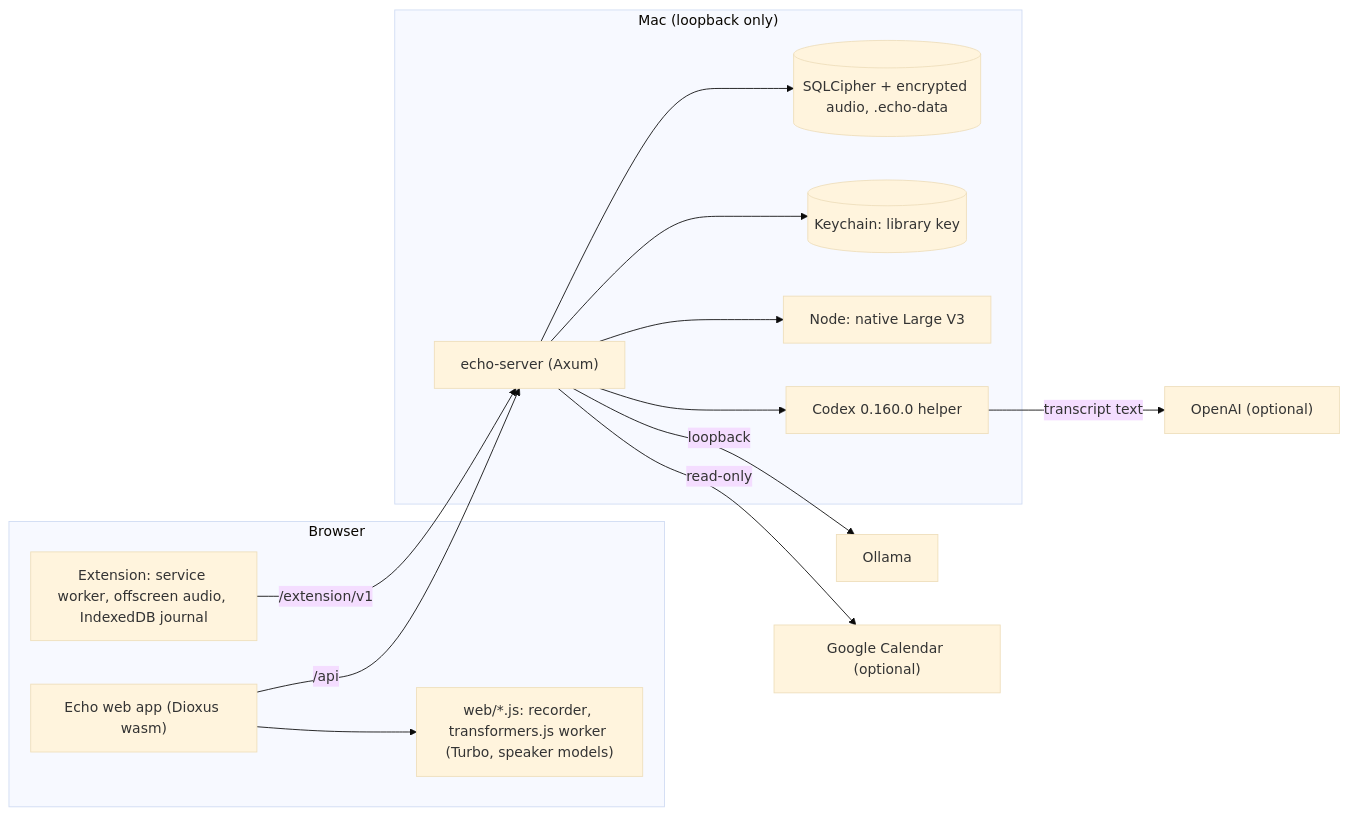
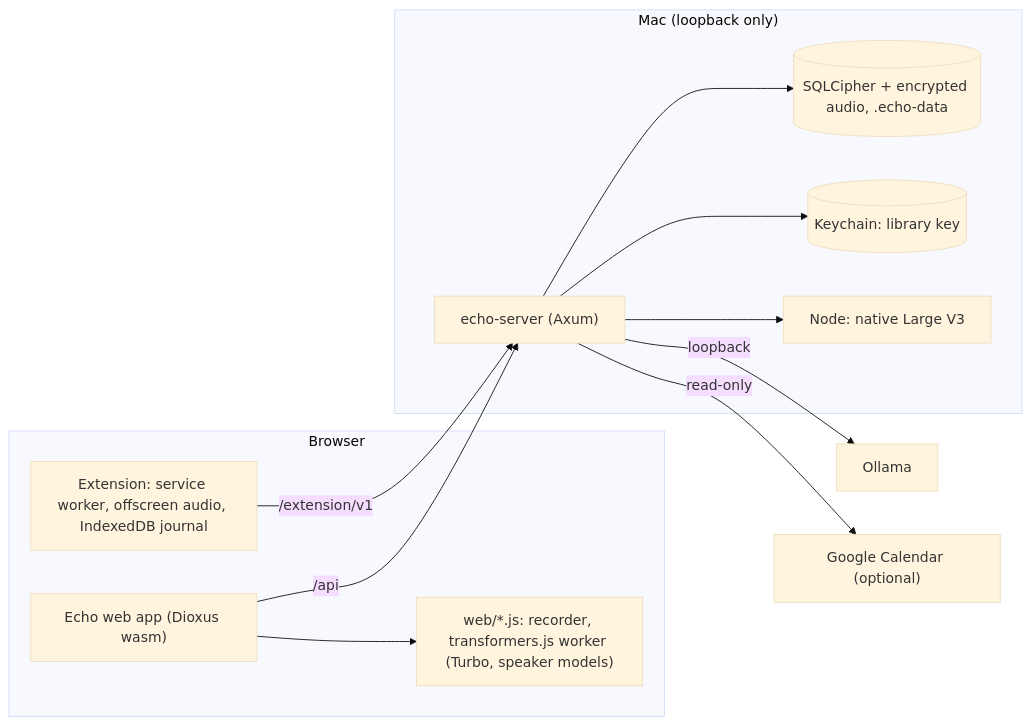
The diagram in docs/architecture.md (samarthmn/echo-voice-web), drawn with Mermaid (base theme) before and after one commit. The commit also changed other lines of this file and 35 other files, not shown here.

````diff
--- a/docs/architecture.md
+++ b/docs/architecture.md
@@ -5,25 +5,22 @@
 ```mermaid
 flowchart LR
   subgraph Browser
     UI["Echo web app (Dioxus wasm)"]
     W["web/*.js: recorder, transformers.js worker (Turbo, speaker models)"]
     EXT["Extension: service worker, offscreen audio, IndexedDB journal"]
   end
   subgraph "Mac (loopback only)"
     S["echo-server (Axum)"]
     DB[("SQLCipher + encrypted audio, .echo-data")]
     KC[("Keychain: library key")]
     N["Node: native Large V3"]
-    C["Codex 0.160.0 helper"]
   end
   UI --> W
   UI -->|"/api"| S
   EXT -->|"/extension/v1"| S
   S --> DB
   S --> KC
   S --> N
-  S --> C
   S -->|"loopback"| O["Ollama"]
-  C -->|"transcript text"| OAI["OpenAI (optional)"]
   S -->|"read-only"| G["Google Calendar (optional)"]
 ```
````
